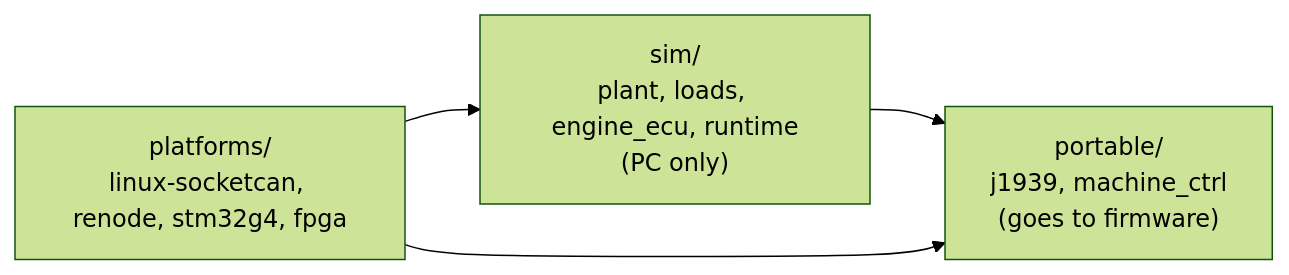
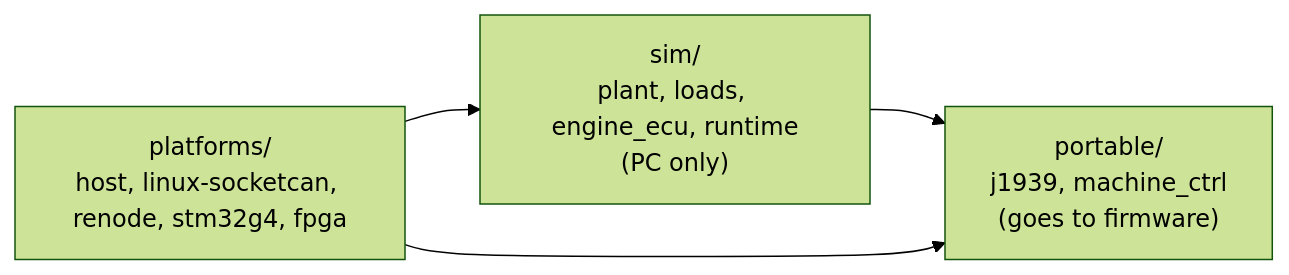
The diagram in README.md (Open-Heavy-Machinery/open-crank), drawn with Mermaid (forest theme) before and after one commit. The commit also changed other lines of this file and 5 other files, not shown here.

First line of the commit message:
docs: architecture, roadmap, README and bus interface for v0.1

````diff
--- a/README.md
+++ b/README.md
@@ -64,9 +64,9 @@
 ```mermaid
 flowchart LR
     P["portable/<br/>j1939, machine_ctrl<br/>(goes to firmware)"]
     S["sim/<br/>plant, loads, engine_ecu, runtime<br/>(PC only)"]
-    F["platforms/<br/>linux-socketcan, renode, stm32g4, fpga"]
+    F["platforms/<br/>host, linux-socketcan, renode, stm32g4, fpga"]
     S --> P
     F --> P
     F --> S
 ```
````
